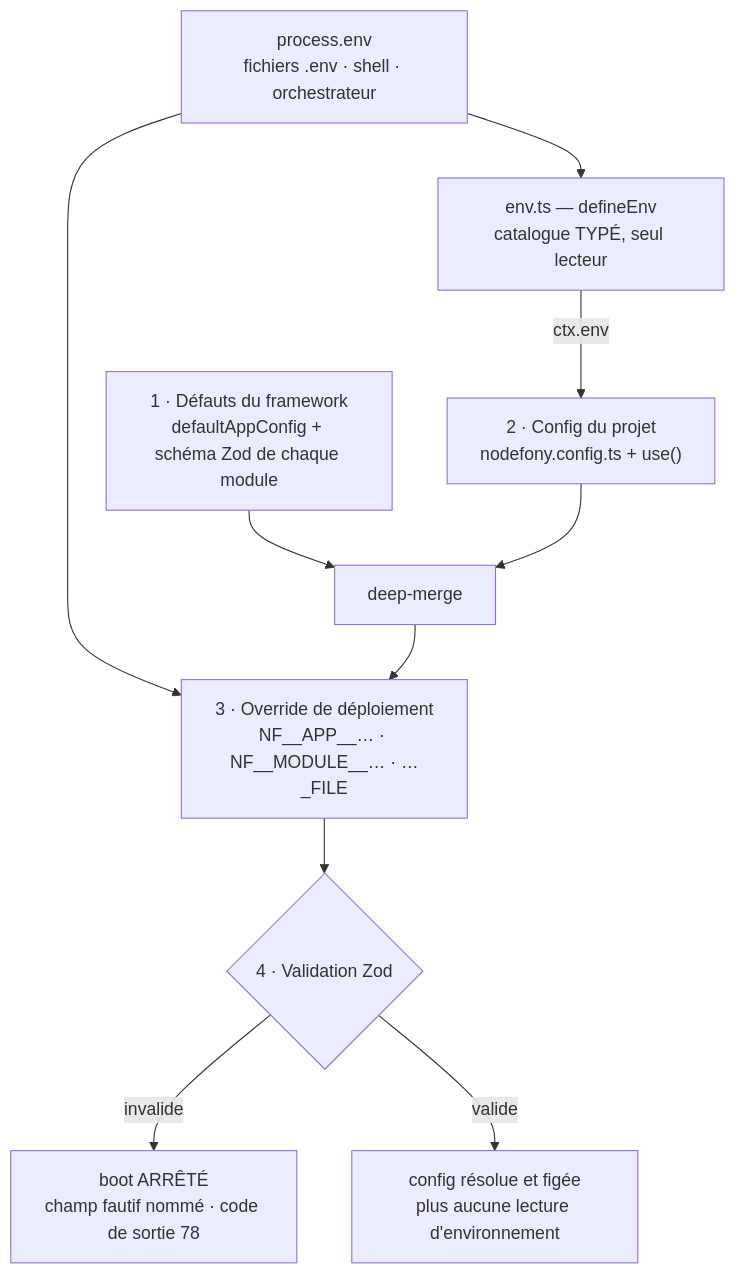
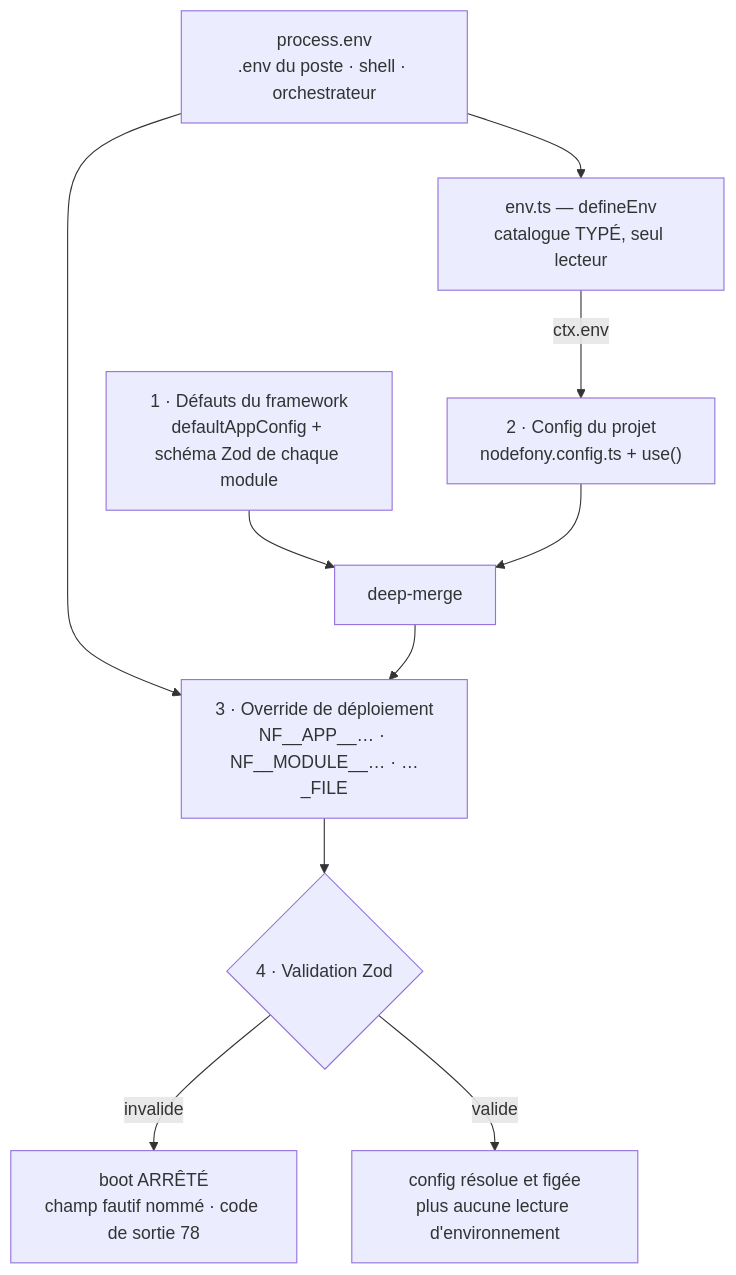
Before and after one commit to nodefony/nodefony-core: the first of 2 diagrams in docs/architecture/configuration.md, drawn with Mermaid. The commit also changed other lines of this file and 32 other files, not shown here.

````diff
--- a/docs/architecture/configuration.md
+++ b/docs/architecture/configuration.md
@@ -46,12 +46,12 @@
 ```mermaid
 flowchart TD
   D["1 · Défauts du framework<br/>defaultAppConfig + schéma Zod de chaque module"] --> M["deep-merge"]
   A["2 · Config du projet<br/>nodefony.config.ts + use()"] --> M
-  SRC["process.env<br/>fichiers .env · shell · orchestrateur"] --> CAT["env.ts — defineEnv<br/>catalogue TYPÉ, seul lecteur"]
+  SRC["process.env<br/>.env du poste · shell · orchestrateur"] --> CAT["env.ts — defineEnv<br/>catalogue TYPÉ, seul lecteur"]
   CAT -->|"ctx.env"| A
   SRC --> O["3 · Override de déploiement<br/>NF__APP__… · NF__MODULE__… · …_FILE"]
   M --> O
   O --> V{"4 · Validation Zod"}
   V -->|"invalide"| X["boot ARRÊTÉ<br/>champ fautif nommé · code de sortie 78"]
   V -->|"valide"| R["config résolue et figée<br/>plus aucune lecture d'environnement"]
 ```
````
